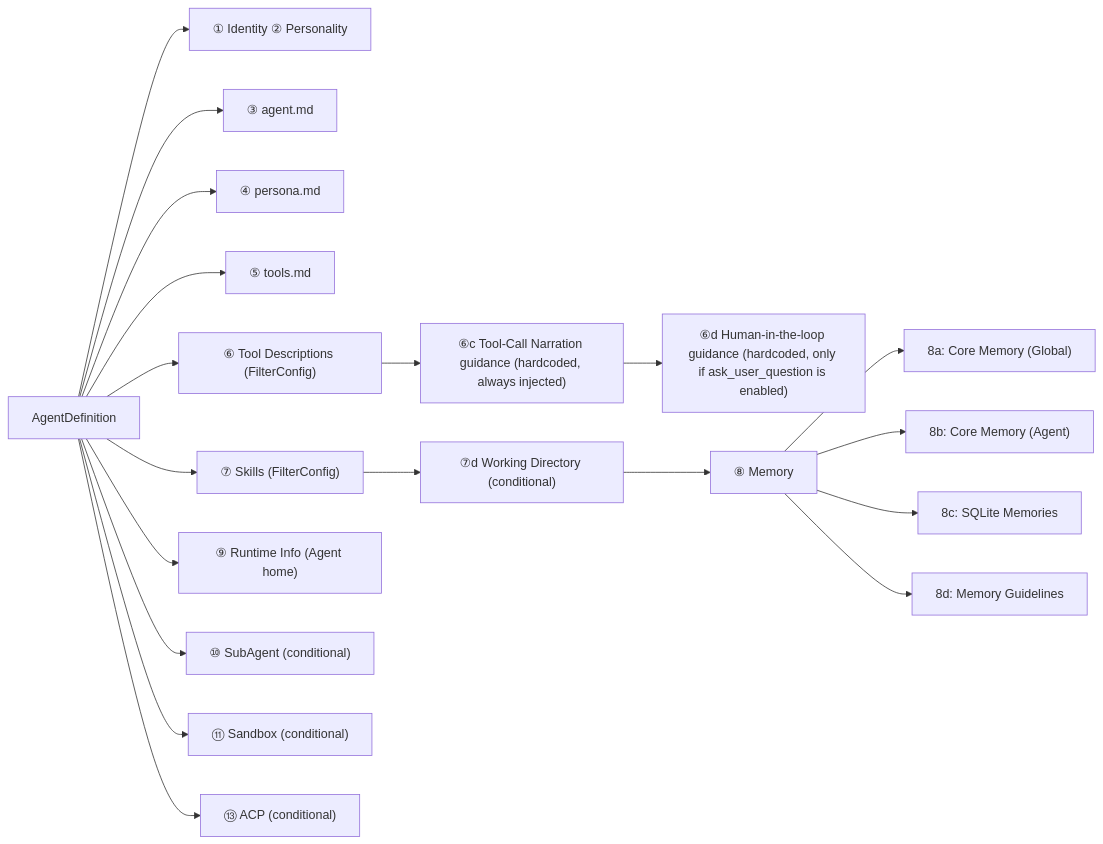
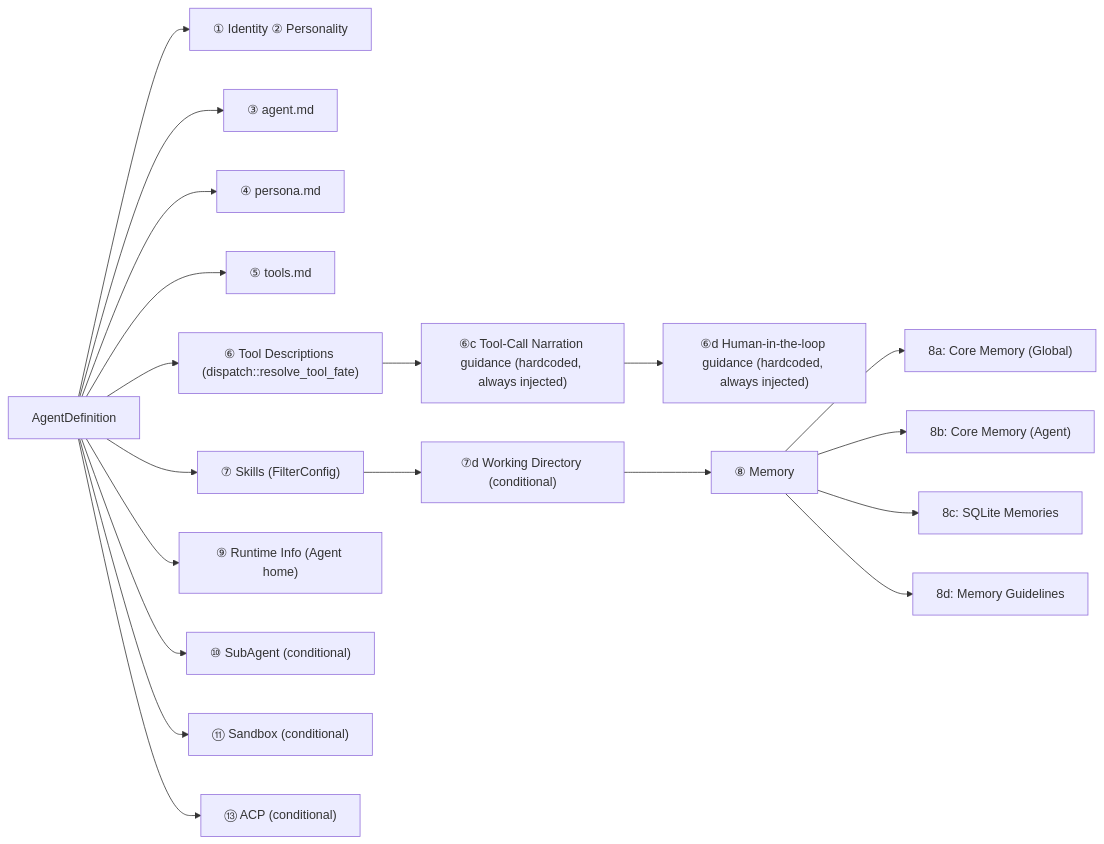
The third of 3 diagrams in mirrors/repos/shiwenwen@hope-agent/docs/architecture/prompt-system.md (gabrielmoreira/agent-skills-mirror), drawn with Mermaid before and after one commit. The commit also changed other lines of this file and 882 other files, not shown here.

````diff
--- a/mirrors/repos/shiwenwen@hope-agent/docs/architecture/prompt-system.md
+++ b/mirrors/repos/shiwenwen@hope-agent/docs/architecture/prompt-system.md
@@ -89,22 +89,22 @@
 ```mermaid
 graph LR
     AD["AgentDefinition"] --> S1["① Identity ② Personality"]
     AD --> S3["③ agent.md"]
     AD --> S4["④ persona.md"]
     AD --> S5["⑤ tools.md"]
-    AD --> S6["⑥ Tool Descriptions (FilterConfig)"]
+    AD --> S6["⑥ Tool Descriptions (dispatch::resolve_tool_fate)"]
     S6 --> S6b["⑥c Tool-Call Narration guidance (hardcoded, always injected)"]
-    S6b --> S6c["⑥d Human-in-the-loop guidance (hardcoded, only if ask_user_question is enabled)"]
+    S6b --> S6c["⑥d Human-in-the-loop guidance (hardcoded, always injected)"]
     AD --> S7["⑦ Skills (FilterConfig)"]
     S7 --> S7d["⑦d Working Directory (conditional)"]
     S7d --> S8["⑧ Memory"]
     S8 --> S8a["8a: Core Memory (Global)"]
     S8 --> S8b["8b: Core Memory (Agent)"]
     S8 --> S8c["8c: SQLite Memories"]
     S8 --> S8d["8d: Memory Guidelines"]
     AD --> S9["⑨ Runtime Info (Agent home)"]
     AD --> S10["⑩ SubAgent (conditional)"]
     AD --> S11["⑪ Sandbox (conditional)"]
     AD --> S13["⑬ ACP (conditional)"]
 
 ```
````
